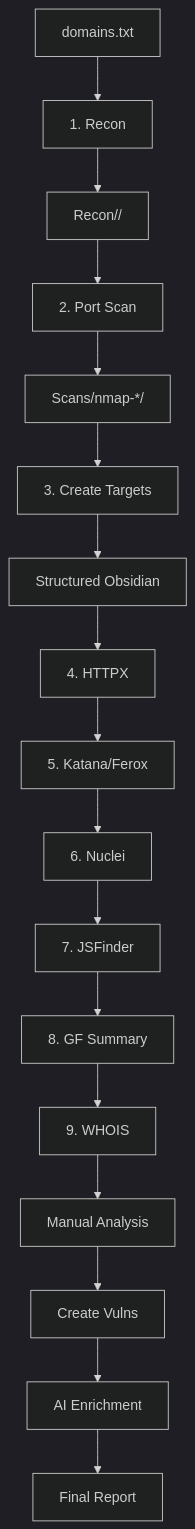
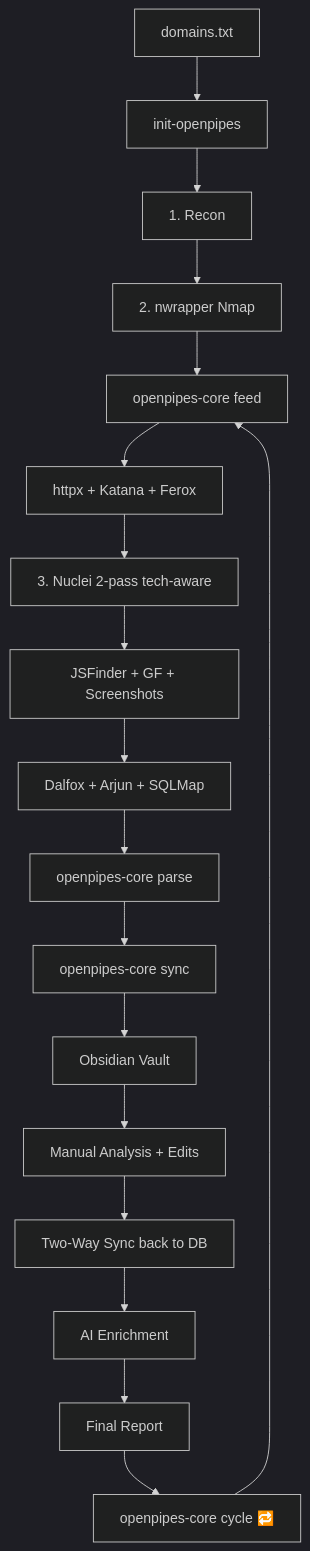
Before and after one commit to rlSniff3r/OPenPipeS: the diagram in README.md, drawn with Mermaid (dark theme). The commit also changed other lines of this file, not shown here.

````diff
--- a/README.md
+++ b/README.md
@@ -337,19 +334,20 @@
 ```mermaid
 graph TD
-    A[domains.txt] --> B[1. Recon]
-    B --> C[Recon/<domain>/]
-    C --> D[2. Port Scan]
-    D --> E[Scans/nmap-*/]
-    E --> F[3. Create Targets]
-    F --> G[Structured Obsidian]
-    G --> H[4. HTTPX]
-    H --> I[5. Katana/Ferox]
-    I --> J[6. Nuclei]
-    J --> K[7. JSFinder]
-    K --> L[8. GF Summary]
-    L --> M[9. WHOIS]
-    M --> N[Manual Analysis]
-    N --> O[Create Vulns]
-    O --> P[AI Enrichment]
-    P --> Q[Final Report]
+    A[domains.txt] --> B[init-openpipes]
+    B --> C[1. Recon]
+    C --> D[2. nwrapper Nmap]
+    D --> E[openpipes-core feed]
+    E --> F[httpx + Katana + Ferox]
+    F --> G[3. Nuclei 2-pass tech-aware]
+    G --> H[JSFinder + GF + Screenshots]
+    H --> I[Dalfox + Arjun + SQLMap]
+    I --> J[openpipes-core parse]
+    J --> K[openpipes-core sync]
+    K --> L[Obsidian Vault]
+    L --> M[Manual Analysis + Edits]
+    M --> N[Two-Way Sync back to DB]
+    N --> O[AI Enrichment]
+    O --> P[Final Report]
+    P --> Q[openpipes-core cycle 🔁]
+    Q --> E
 ```
````
